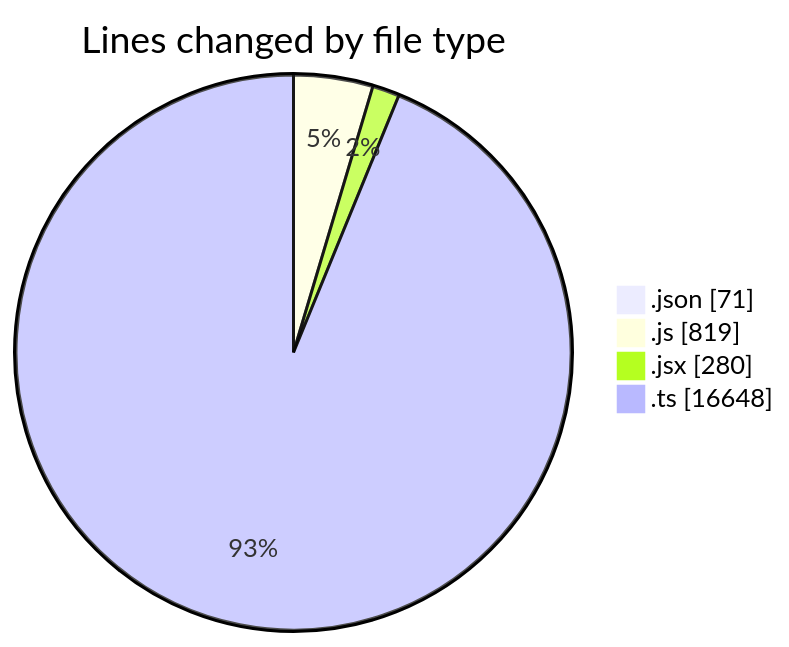
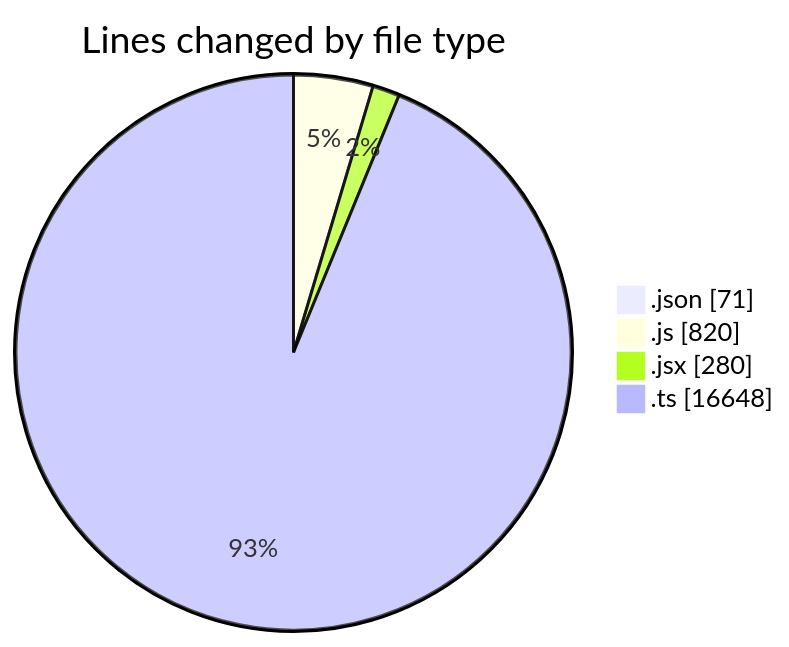
The first of 2 diagrams in 2025-05-13/cda/README.md (momahboobian/code-tracking), drawn with Mermaid before and after one commit. The commit also changed other lines of this file and 1 other file, not shown here.

````diff
--- a/2025-05-13/cda/README.md
+++ b/2025-05-13/cda/README.md
@@ -30,8 +30,8 @@
 ```mermaid
 pie showData
 title Lines changed by file type
 ".json" : 71
-".js" : 819
+".js" : 820
 ".jsx" : 280
 ".ts" : 16648
 ```
````
